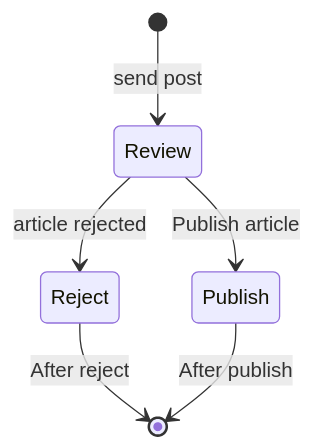
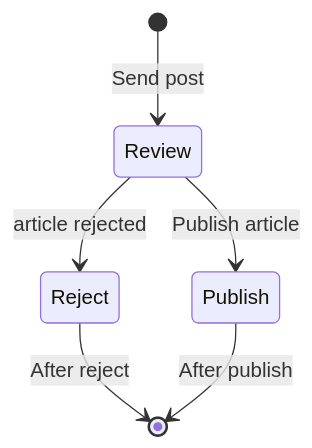
Before and after one commit to libialany/PublishBlogPostFMS: the diagram in README.md, drawn with Mermaid.

````diff
--- a/README.md
+++ b/README.md
@@ -7,8 +7,8 @@
 ```mermaid
 stateDiagram-v2
-    [*] --> Review     : send post
+    [*] --> Review     : Send post
     Review --> Publish : Publish article
     Review --> Reject  : article rejected
     Reject --> [*]     : After reject
     Publish --> [*]    : After publish
 ```
````
